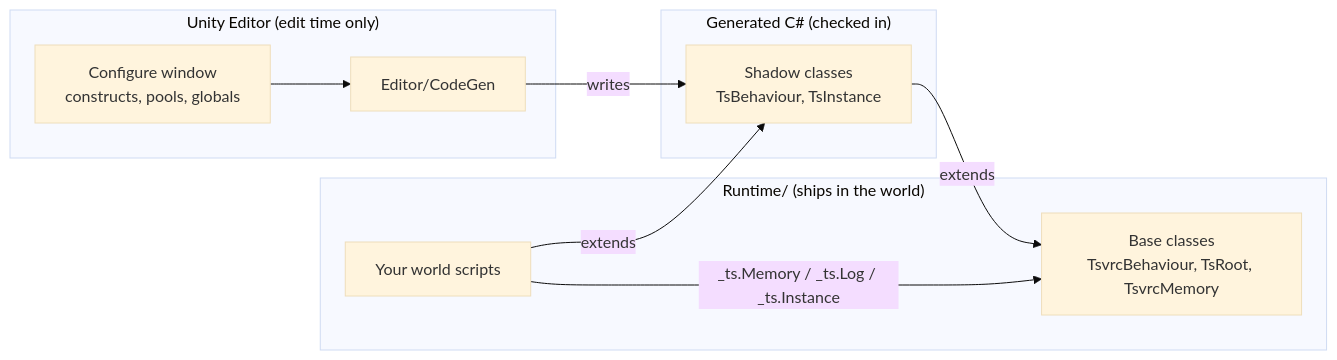
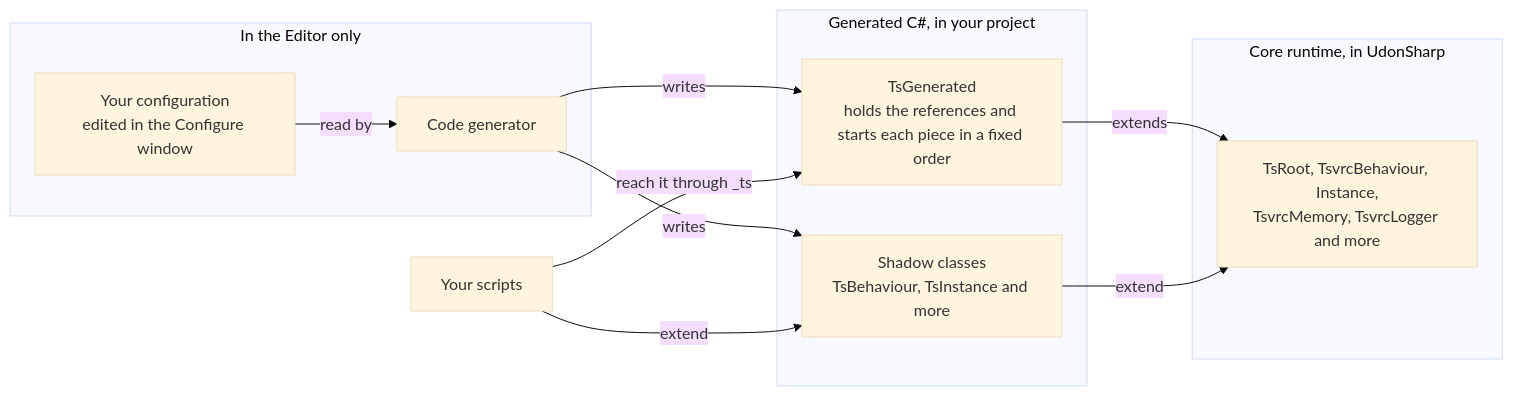
One commit to tsvrc/tsvrc-core changed the diagram in README.md. Above: the diagram before and after it, drawn with Mermaid (base theme). The commit also changed other lines of this file and 4 other files, not shown here.

````diff
--- a/README.md
+++ b/README.md
@@ -51,22 +29,26 @@
 ```mermaid
 flowchart LR
-    subgraph editor["Unity Editor (edit time only)"]
-        configure["Configure window<br/>constructs, pools, globals"]
-        codegen["Editor/CodeGen"]
-        configure --> codegen
+    subgraph editor["In the Editor only"]
+        config["Your configuration<br/>edited in the Configure window"]
+        generator["Code generator"]
     end
 
-    subgraph generated["Generated C# (checked in)"]
-        shadow["Shadow classes<br/>TsBehaviour, TsInstance"]
+    subgraph generated["Generated C#, in your project"]
+        root["TsGenerated<br/>holds the references and starts each piece in a fixed order"]
+        shadows["Shadow classes<br/>TsBehaviour, TsInstance and more"]
     end
 
-    subgraph runtime["Runtime/ (ships in the world)"]
-        base["Base classes<br/>TsvrcBehaviour, TsRoot, TsvrcMemory"]
-        world["Your world scripts"]
+    subgraph runtime["Core runtime, in UdonSharp"]
+        base["TsRoot, TsvrcBehaviour, Instance,<br/>TsvrcMemory, TsvrcLogger and more"]
     end
 
-    codegen -- writes --> shadow
-    shadow -- extends --> base
-    world -- extends --> shadow
-    world -- "_ts.Memory / _ts.Log / _ts.Instance" --> base
+    scripts["Your scripts"]
+
+    config -- "read by" --> generator
+    generator -- "writes" --> root
+    generator -- "writes" --> shadows
+    root -- "extends" --> base
+    shadows -- "extend" --> base
+    scripts -- "extend" --> shadows
+    scripts -- "reach it through _ts" --> root
 ```
````
